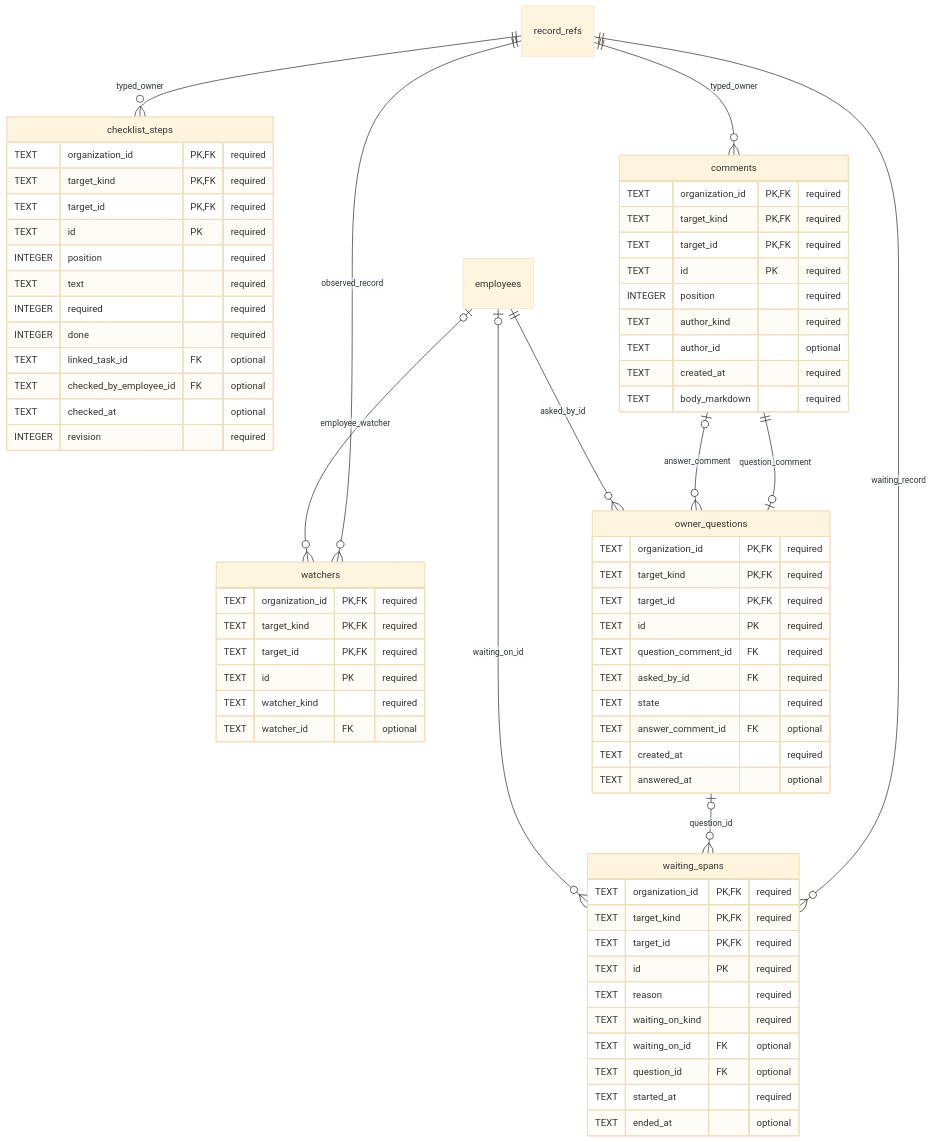
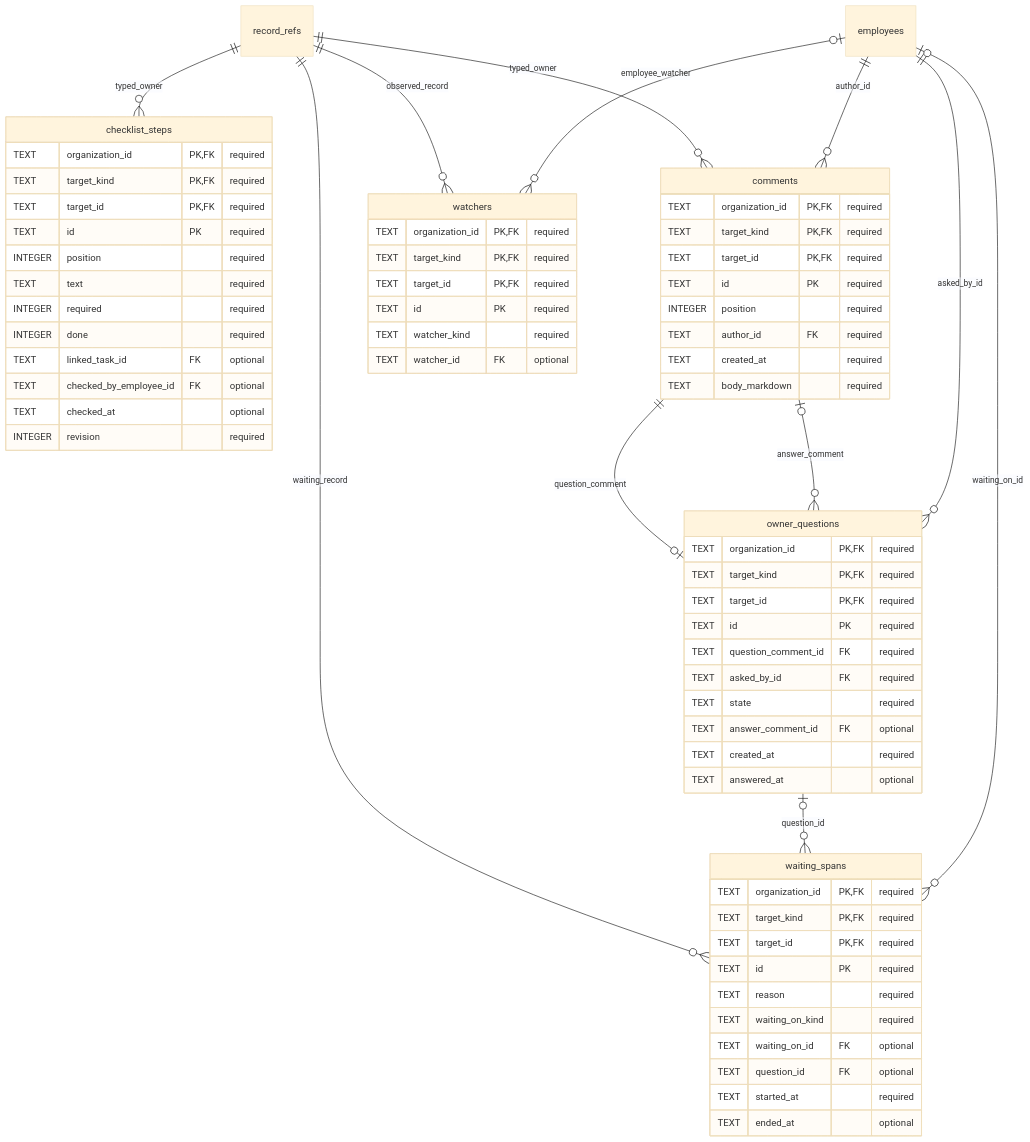
Before and after one commit to vgmello/agentic-org: the first of 3 diagrams in docs/design/organization-data/05-operational-data.md, drawn with Mermaid (base theme). The commit also changed other lines of this file and 16 other files, not shown here.

````diff
--- a/docs/design/organization-data/05-operational-data.md
+++ b/docs/design/organization-data/05-operational-data.md
@@ -21,70 +21,70 @@
 ```mermaid
 erDiagram
     record_refs ||--o{ checklist_steps : typed_owner
     record_refs ||--o{ comments : typed_owner
     checklist_steps {
         TEXT organization_id PK, FK "required"
         TEXT target_kind PK, FK "required"
         TEXT target_id PK, FK "required"
         TEXT id PK "required"
         INTEGER position "required"
         TEXT text "required"
         INTEGER required "required"
         INTEGER done "required"
         TEXT linked_task_id FK "optional"
         TEXT checked_by_employee_id FK "optional"
         TEXT checked_at "optional"
         INTEGER revision "required"
     }
     comments {
         TEXT organization_id PK, FK "required"
         TEXT target_kind PK, FK "required"
         TEXT target_id PK, FK "required"
         TEXT id PK "required"
         INTEGER position "required"
-        TEXT author_kind "required"
-        TEXT author_id "optional"
+        TEXT author_id FK "required"
         TEXT created_at "required"
         TEXT body_markdown "required"
     }
+    employees ||--o{ comments : author_id
     record_refs ||--o{ watchers : observed_record
     employees o|--o{ watchers : employee_watcher
     comments ||--o| owner_questions : question_comment
     comments o|--o{ owner_questions : answer_comment
     employees ||--o{ owner_questions : asked_by_id
     record_refs ||--o{ waiting_spans : waiting_record
     owner_questions o|--o{ waiting_spans : question_id
     employees o|--o{ waiting_spans : waiting_on_id
     watchers {
         TEXT organization_id PK, FK "required"
         TEXT target_kind PK, FK "required"
         TEXT target_id PK, FK "required"
         TEXT id PK "required"
         TEXT watcher_kind "required"
         TEXT watcher_id FK "optional"
     }
     owner_questions {
         TEXT organization_id PK, FK "required"
         TEXT target_kind PK, FK "required"
         TEXT target_id PK, FK "required"
         TEXT id PK "required"
         TEXT question_comment_id FK "required"
         TEXT asked_by_id FK "required"
         TEXT state "required"
         TEXT answer_comment_id FK "optional"
         TEXT created_at "required"
         TEXT answered_at "optional"
     }
     waiting_spans {
         TEXT organization_id PK, FK "required"
         TEXT target_kind PK, FK "required"
         TEXT target_id PK, FK "required"
         TEXT id PK "required"
         TEXT reason "required"
         TEXT waiting_on_kind "required"
         TEXT waiting_on_id FK "optional"
         TEXT question_id FK "optional"
         TEXT started_at "required"
         TEXT ended_at "optional"
     }
 ```
````
